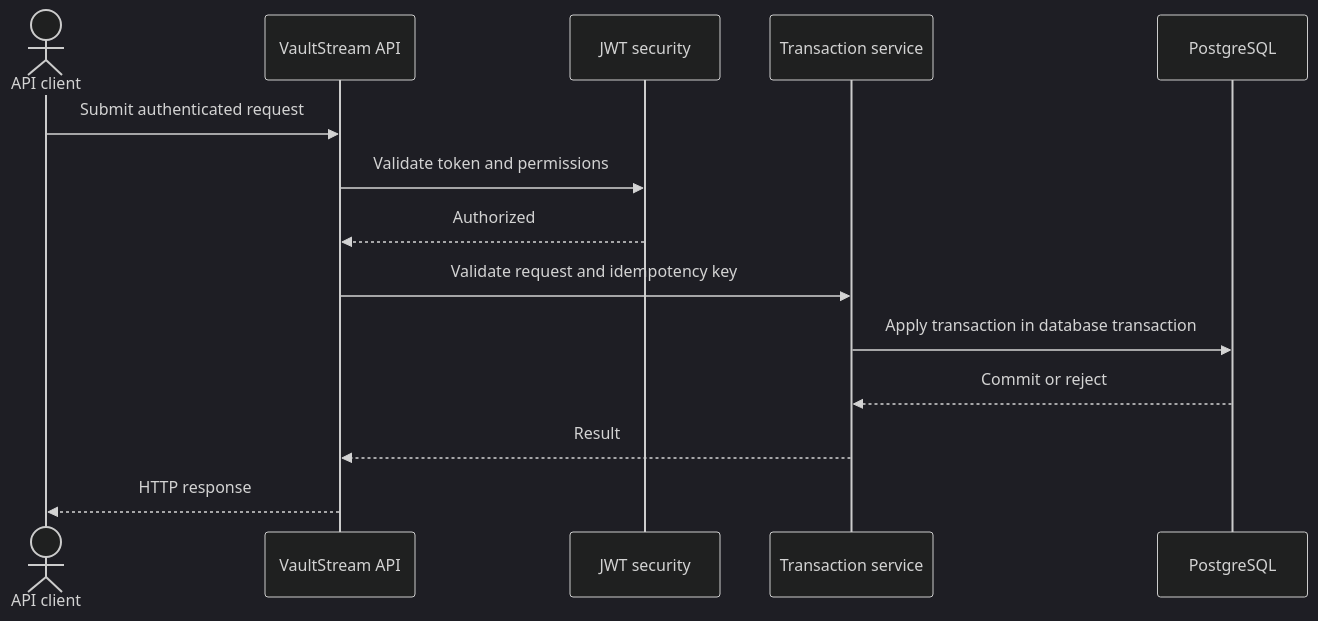
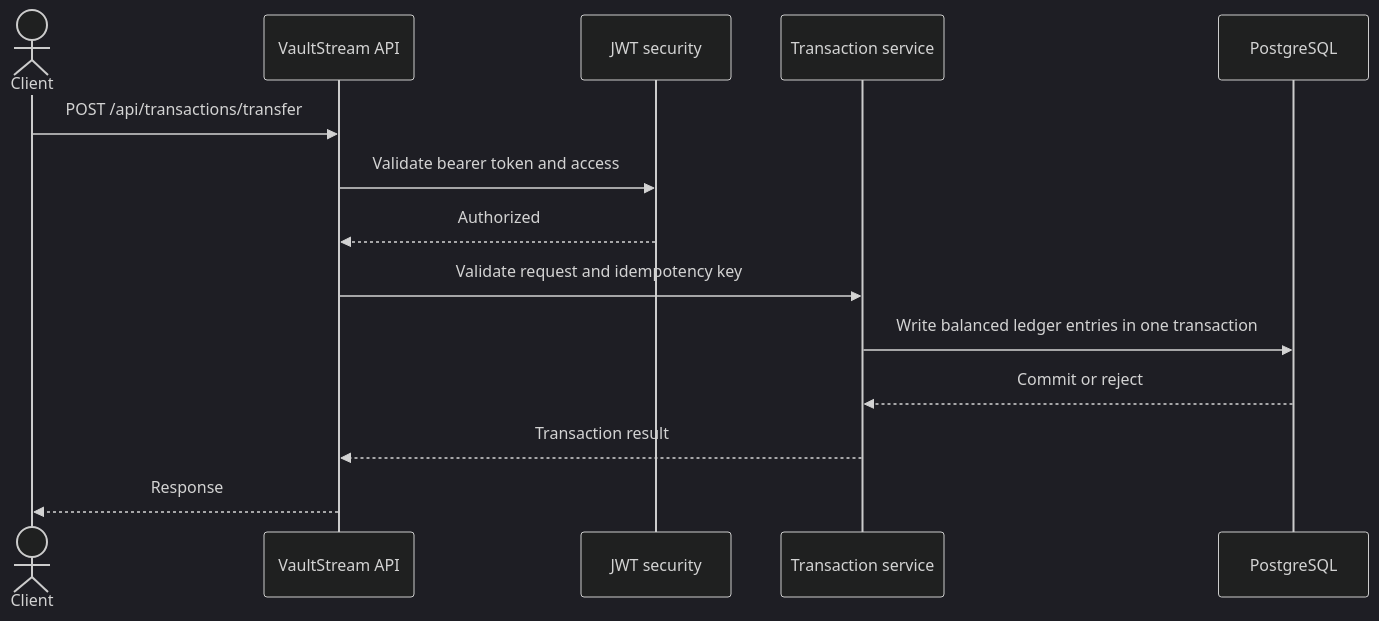
One commit to Priyadharsan-85/VaultStream changed the second of 2 diagrams in README.md. Above: the diagram before and after it, drawn with Mermaid (dark theme). The commit also changed other lines of this file, not shown here.

````diff
--- a/README.md
+++ b/README.md
@@ -65,16 +51,16 @@
 ```mermaid
 sequenceDiagram
-    actor User as API client
+    actor Client
     participant API as VaultStream API
     participant Auth as JWT security
     participant Service as Transaction service
     participant DB as PostgreSQL
-    User->>API: Submit authenticated request
-    API->>Auth: Validate token and permissions
+    Client->>API: POST /api/transactions/transfer
+    API->>Auth: Validate bearer token and access
     Auth-->>API: Authorized
     API->>Service: Validate request and idempotency key
-    Service->>DB: Apply transaction in database transaction
+    Service->>DB: Write balanced ledger entries in one transaction
     DB-->>Service: Commit or reject
-    Service-->>API: Result
-    API-->>User: HTTP response
+    Service-->>API: Transaction result
+    API-->>Client: Response
 ```
````
